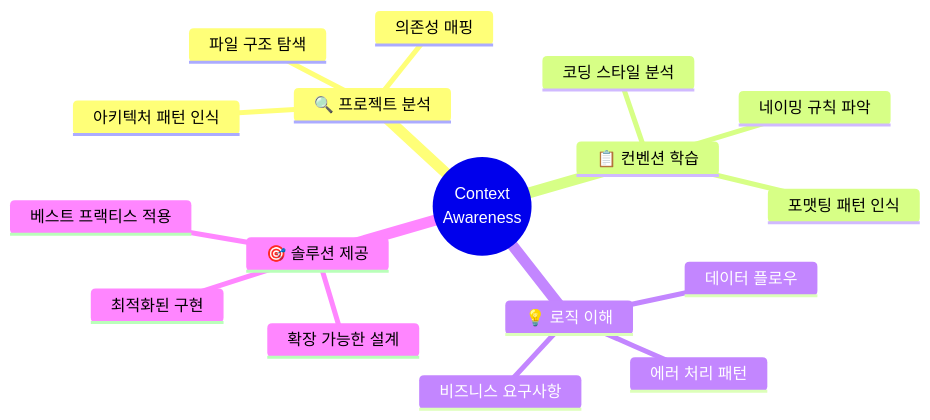
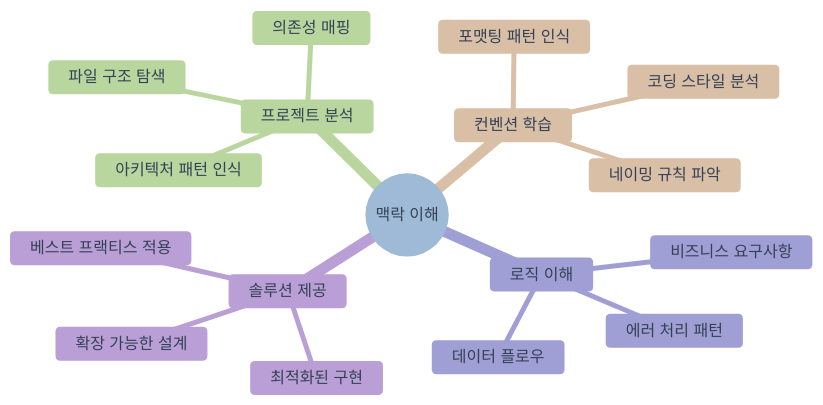
Before and after one commit to revfactory/claude-code-mastering: the third of 6 diagrams in book/01-chapter1.md, drawn with Mermaid. The commit also changed other lines of this file, not shown here.

First line of the commit message:
design: 1장 다이어그램을 모던 미니멀 스타일로 리파인

````diff
--- a/book/01-chapter1.md
+++ b/book/01-chapter1.md
@@ -172,20 +174,21 @@
 ```mermaid
+%%{init: {"theme": "base", "themeVariables": {"primaryColor": "#f8fafc", "primaryTextColor": "#334155", "primaryBorderColor": "#e2e8f0"}}}%%
 mindmap
-  root((Context<br/>Awareness))
-    🔍 프로젝트 분석
+  root((맥락 이해))
+    프로젝트 분석
       파일 구조 탐색
       의존성 매핑
       아키텍처 패턴 인식
-    📋 컨벤션 학습
+    컨벤션 학습
       코딩 스타일 분석
       네이밍 규칙 파악
       포맷팅 패턴 인식
-    💡 로직 이해
+    로직 이해
       비즈니스 요구사항
       데이터 플로우
       에러 처리 패턴
-    🎯 솔루션 제공
+    솔루션 제공
       최적화된 구현
       베스트 프랙티스 적용
       확장 가능한 설계
 ```
````
